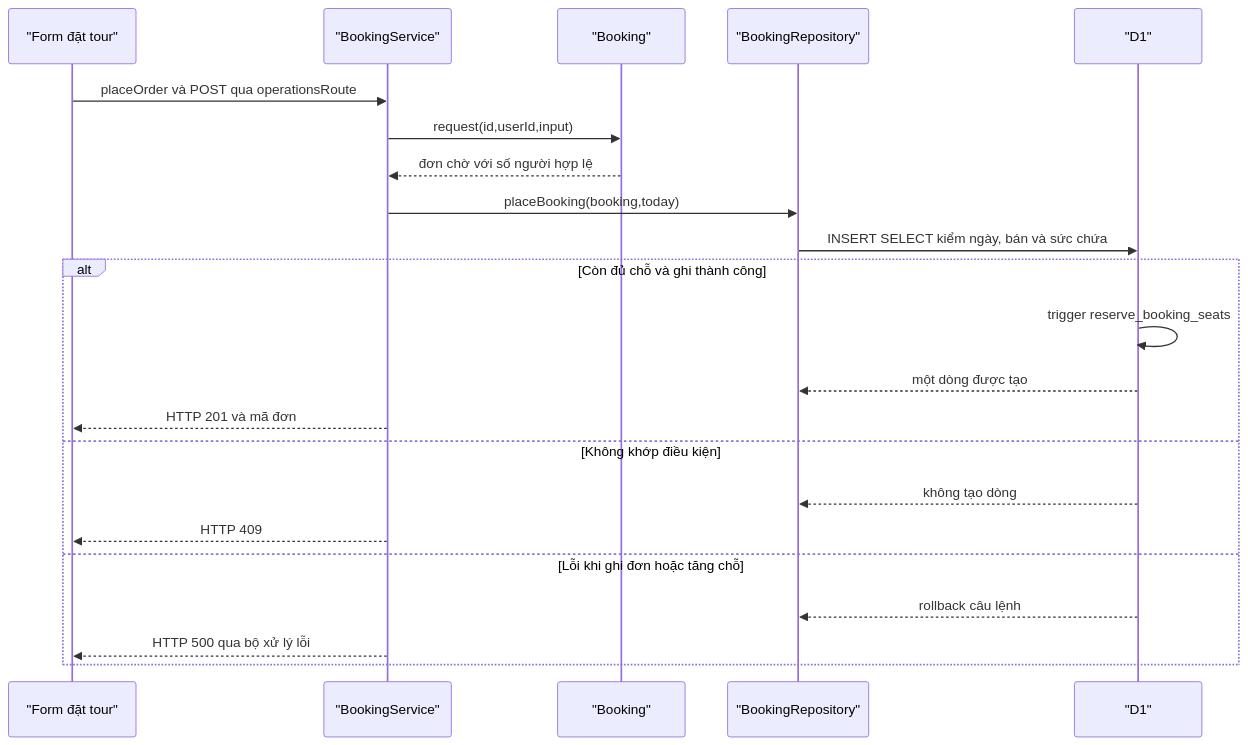
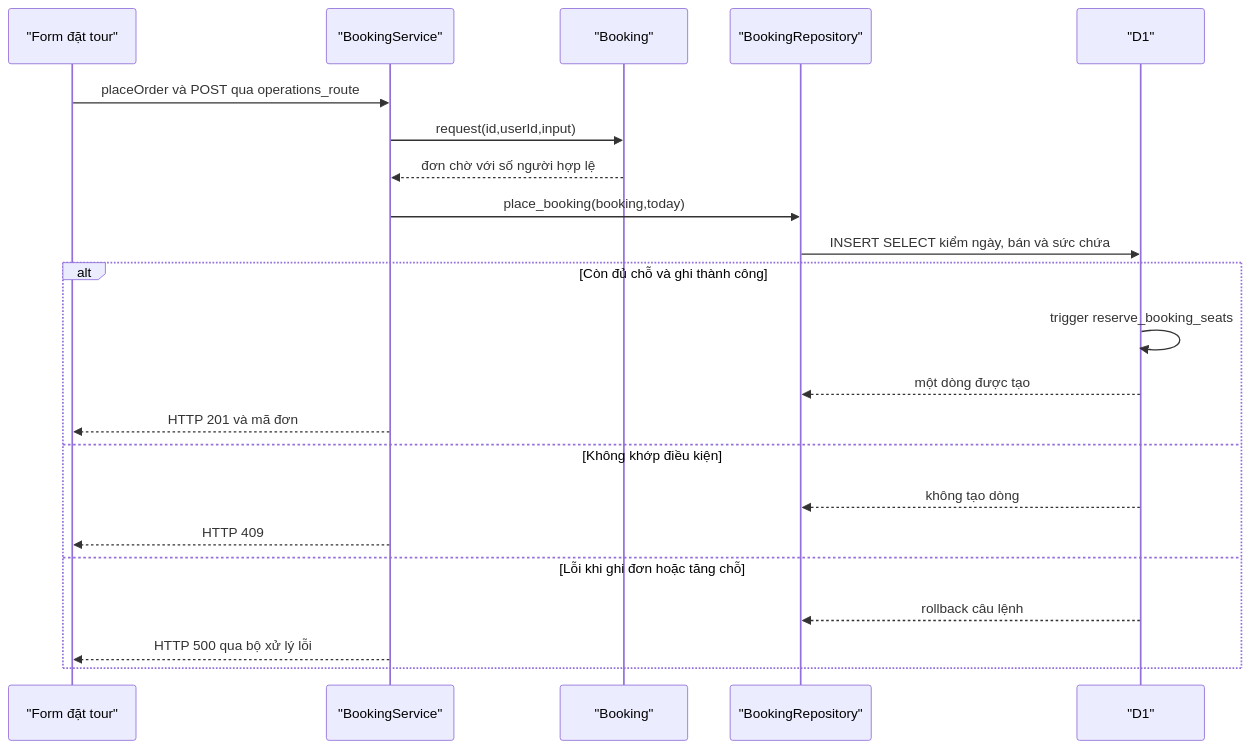
The second of 3 diagrams in docs/checklist-4.2.md (dqming1876/OOP_TourManager), drawn with Mermaid before and after one commit. The commit also changed other lines of this file and 88 other files, not shown here.

````diff
--- a/docs/checklist-4.2.md
+++ b/docs/checklist-4.2.md
@@ -29,24 +29,24 @@
 ```mermaid
 sequenceDiagram
     participant F as "Form đặt tour"
     participant S as "BookingService"
     participant B as "Booking"
     participant R as "BookingRepository"
     participant DB as "D1"
-    F->>S: placeOrder và POST qua operationsRoute
+    F->>S: placeOrder và POST qua operations_route
     S->>B: request(id,userId,input)
     B-->>S: đơn chờ với số người hợp lệ
-    S->>R: placeBooking(booking,today)
+    S->>R: place_booking(booking,today)
     R->>DB: INSERT SELECT kiểm ngày, bán và sức chứa
     alt Còn đủ chỗ và ghi thành công
         DB->>DB: trigger reserve_booking_seats
         DB-->>R: một dòng được tạo
         S-->>F: HTTP 201 và mã đơn
     else Không khớp điều kiện
         DB-->>R: không tạo dòng
         S-->>F: HTTP 409
     else Lỗi khi ghi đơn hoặc tăng chỗ
         DB-->>R: rollback câu lệnh
         S-->>F: HTTP 500 qua bộ xử lý lỗi
     end
 ```
````
